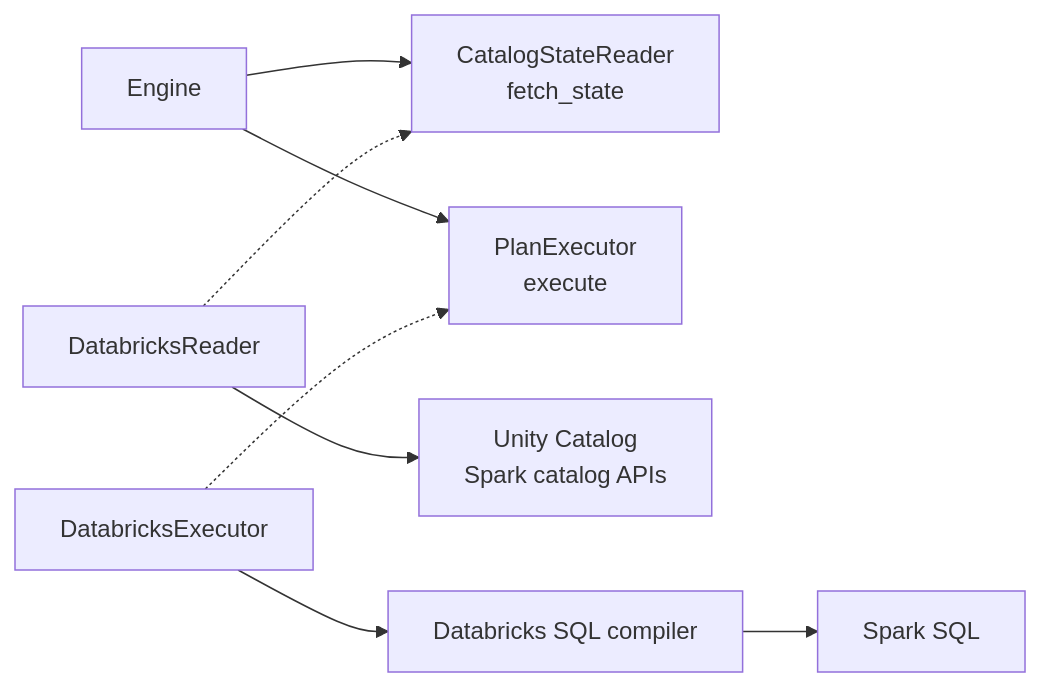
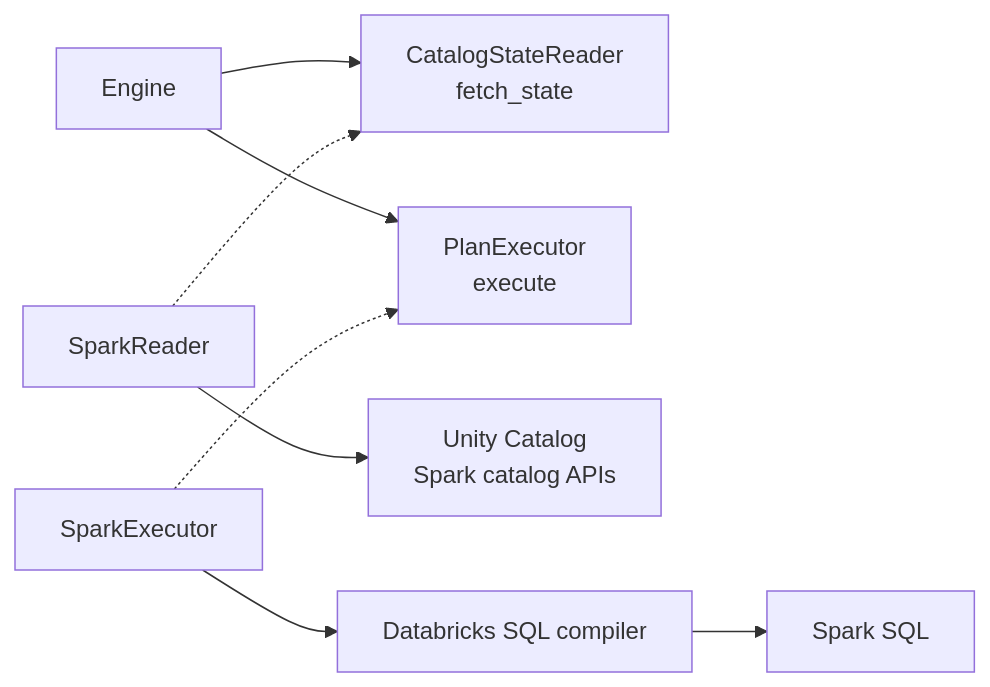
One commit to Tomoscorbin/delta-engine changed the second of 5 diagrams in docs/explanation-architecture.md. Above: the diagram before and after it, drawn with Mermaid. The commit also changed other lines of this file and 7 other files, not shown here.

Commit message:
docs: align install, quickstart, and architecture docs with the spark backend split

````diff
--- a/docs/explanation-architecture.md
+++ b/docs/explanation-architecture.md
@@ -88,19 +88,19 @@
 ```mermaid
 flowchart LR
     Engine[Engine]
     ReaderPort[CatalogStateReader<br/>fetch_state]
     ExecutorPort[PlanExecutor<br/>execute]
-    Reader[DatabricksReader]
-    Executor[DatabricksExecutor]
+    Reader[SparkReader]
+    Executor[SparkExecutor]
     Catalog[Unity Catalog<br/>Spark catalog APIs]
     Compiler[Databricks SQL compiler]
     Spark[Spark SQL]
 
     Engine --> ReaderPort
     Engine --> ExecutorPort
     Reader -.-> ReaderPort
     Executor -.-> ExecutorPort
     Reader --> Catalog
     Executor --> Compiler
     Compiler --> Spark
 ```
````
